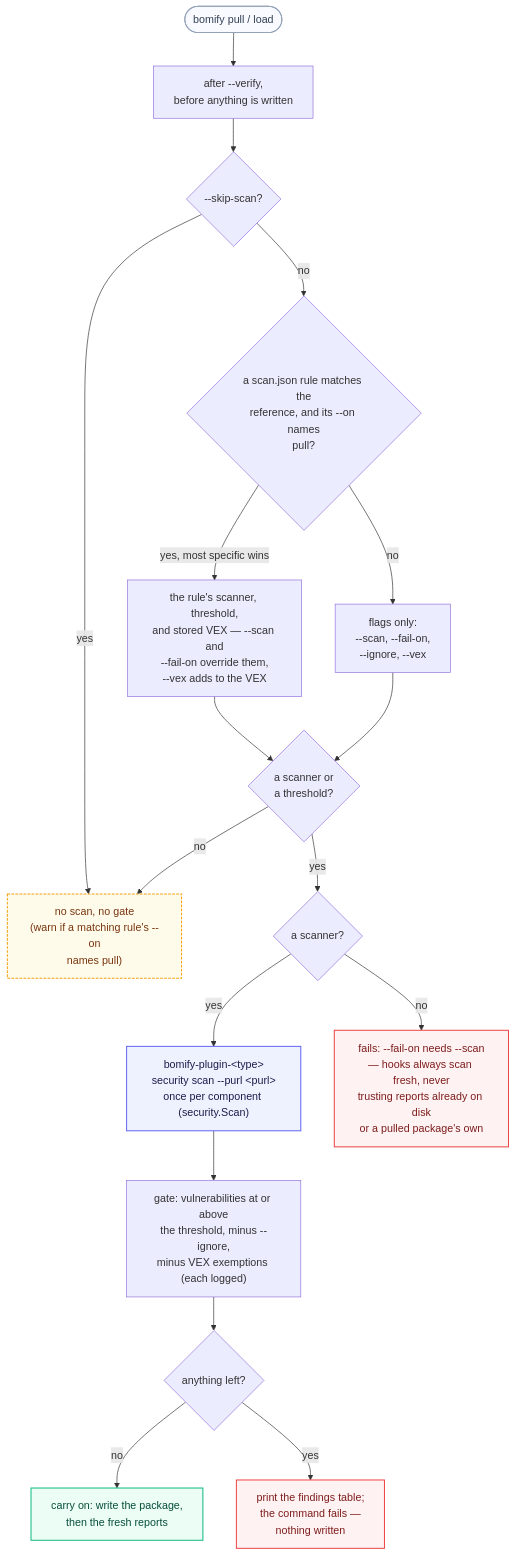
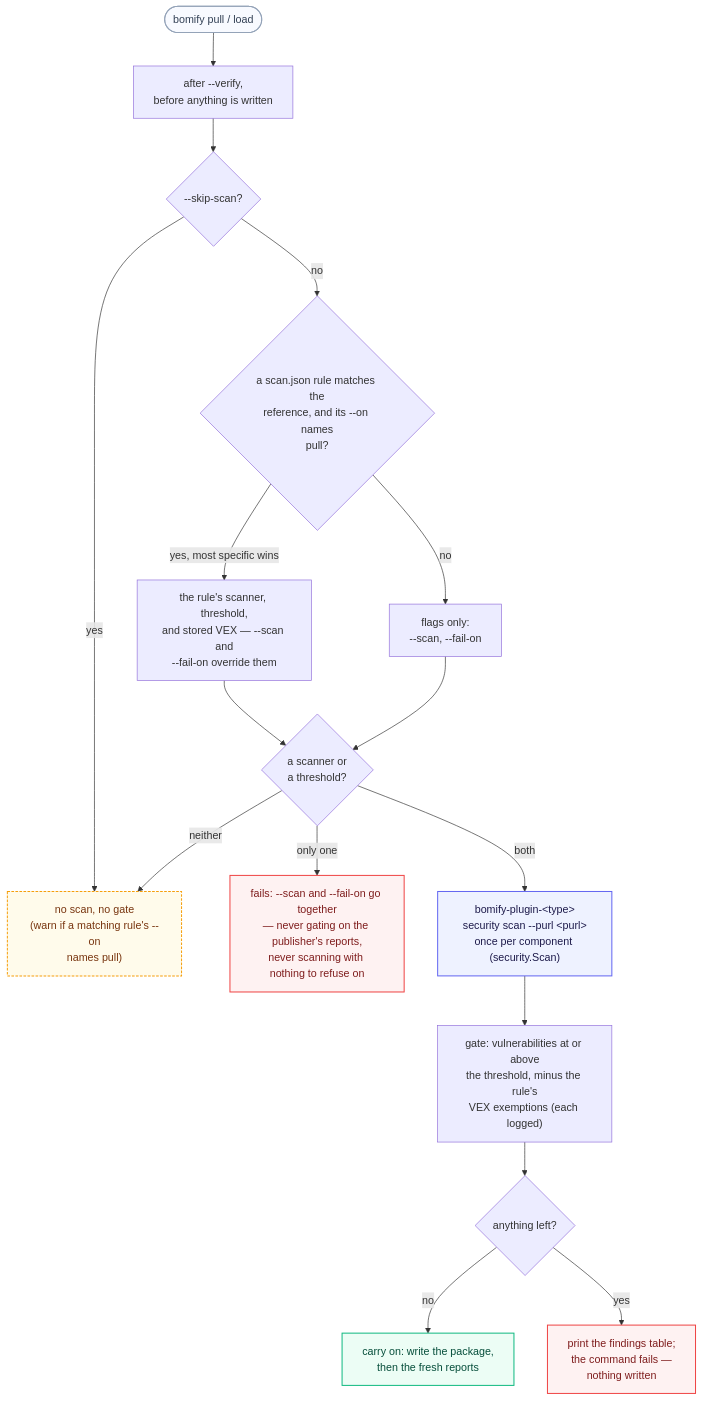
One commit to alejandro-velasco/bomify changed the diagram in docs/diagrams/scanning.mmd. Above: the diagram before and after it, drawn with Mermaid. The commit also changed 15 other files, not shown here.

Commit message:
refactor(security): require scanner and threshold together on pull

```diff
--- a/docs/diagrams/scanning.mmd
+++ b/docs/diagrams/scanning.mmd
@@ -1,37 +1,35 @@
 flowchart TD
     classDef source fill:#F8FAFF,stroke:#94A3B8,stroke-width:1.5px,color:#334155
     classDef plugin fill:#EEF2FF,stroke:#6366F1,stroke-width:1.5px,color:#1e1b4b
     classDef ok fill:#ECFDF5,stroke:#10B981,stroke-width:1.5px,color:#064e3b
     classDef failed fill:#FEF2F2,stroke:#EF4444,stroke-width:1.5px,color:#7f1d1d
     classDef skipped fill:#FFFBEB,stroke:#F59E0B,stroke-width:1.5px,stroke-dasharray:4 2,color:#78350f
 
     Start(["bomify pull / load"]) --> When["after --verify,<br/>before anything is written"]
     When --> Skip{"--skip-scan?"}
 
     Skip -->|"yes"| NoScan["no scan, no gate<br/>(warn if a matching rule's --on<br/>names pull)"]
     Skip -->|"no"| Rule{"a scan.json rule matches the<br/>reference, and its --on names<br/>pull?"}
 
-    Rule -->|"yes, most specific wins"| UseRule["the rule's scanner, threshold,<br/>and stored VEX — --scan and<br/>--fail-on override them,<br/>--vex adds to the VEX"]
-    Rule -->|"no"| UseFlags["flags only:<br/>--scan, --fail-on,<br/>--ignore, --vex"]
+    Rule -->|"yes, most specific wins"| UseRule["the rule's scanner, threshold,<br/>and stored VEX — --scan and<br/>--fail-on override them"]
+    Rule -->|"no"| UseFlags["flags only:<br/>--scan, --fail-on"]
 
     UseRule --> Active{"a scanner or<br/>a threshold?"}
     UseFlags --> Active
 
-    Active -->|"no"| NoScan
-    Active -->|"yes"| Scanner{"a scanner?"}
+    Active -->|"neither"| NoScan
+    Active -->|"only one"| NeedBoth["fails: --scan and --fail-on go together<br/>— never gating on the publisher's reports,<br/>never scanning with nothing to refuse on"]
+    Active -->|"both"| PluginScan["bomify-plugin-&lt;type&gt;<br/>security scan --purl &lt;purl&gt;<br/>once per component (security.Scan)"]
 
-    Scanner -->|"yes"| PluginScan["bomify-plugin-&lt;type&gt;<br/>security scan --purl &lt;purl&gt;<br/>once per component (security.Scan)"]
-    Scanner -->|"no"| NeedScan["fails: --fail-on needs --scan<br/>— hooks always scan fresh, never<br/>trusting reports already on disk<br/>or a pulled package's own"]
-
-    PluginScan --> Gate["gate: vulnerabilities at or above<br/>the threshold, minus --ignore,<br/>minus VEX exemptions (each logged)"]
+    PluginScan --> Gate["gate: vulnerabilities at or above<br/>the threshold, minus the rule's<br/>VEX exemptions (each logged)"]
 
     Gate --> Left{"anything left?"}
 
     Left -->|"no"| Continue["carry on: write the package,<br/>then the fresh reports"]
     Left -->|"yes"| Failed["print the findings table;<br/>the command fails —<br/>nothing written"]
 
     class Start source
     class PluginScan plugin
     class Continue ok
-    class Failed,NeedScan failed
+    class Failed,NeedBoth failed
     class NoScan skipped
```
